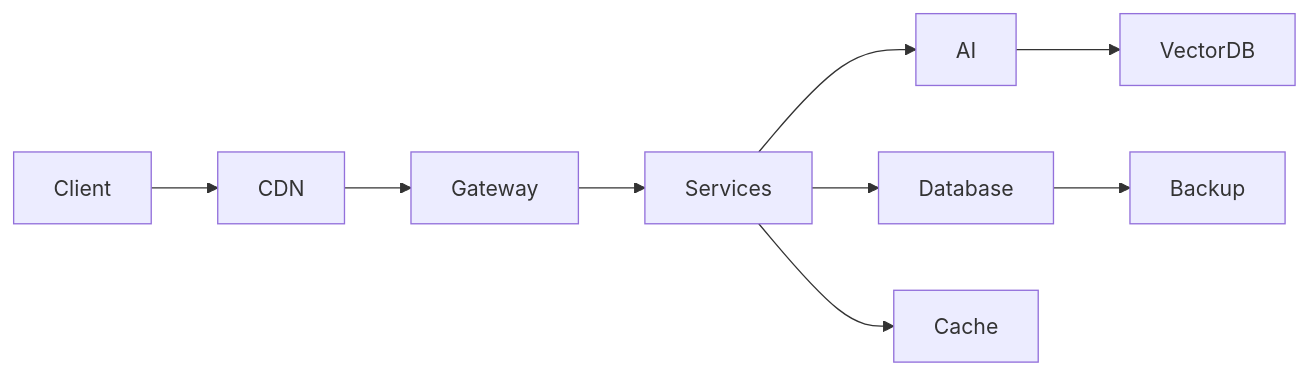
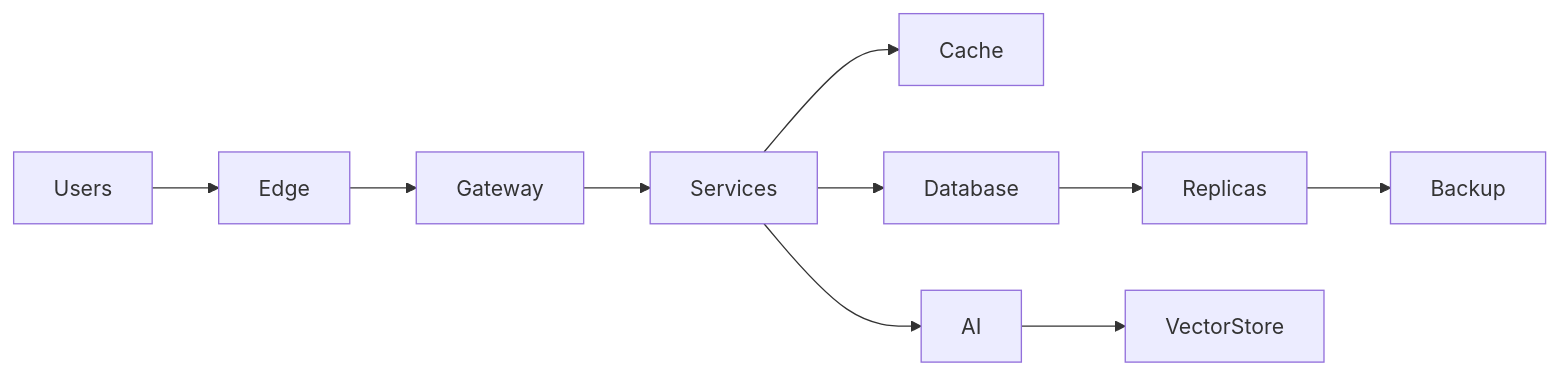
The diagram in README.md (huseyingulennet/huseyingulennet), drawn with Mermaid before and after one commit. The commit also changed other lines of this file, not shown here.

````diff
--- a/README.md
+++ b/README.md
@@ -49,12 +23,13 @@
 ```mermaid
 flowchart LR
 
-Client --> CDN
-CDN --> Gateway
+Users --> Edge
+Edge --> Gateway
 Gateway --> Services
+Services --> Cache
+Services --> Database
 Services --> AI
-Services --> Database
-Services --> Cache
-Database --> Backup
-AI --> VectorDB
+Database --> Replicas
+Replicas --> Backup
+AI --> VectorStore
 ```
````
